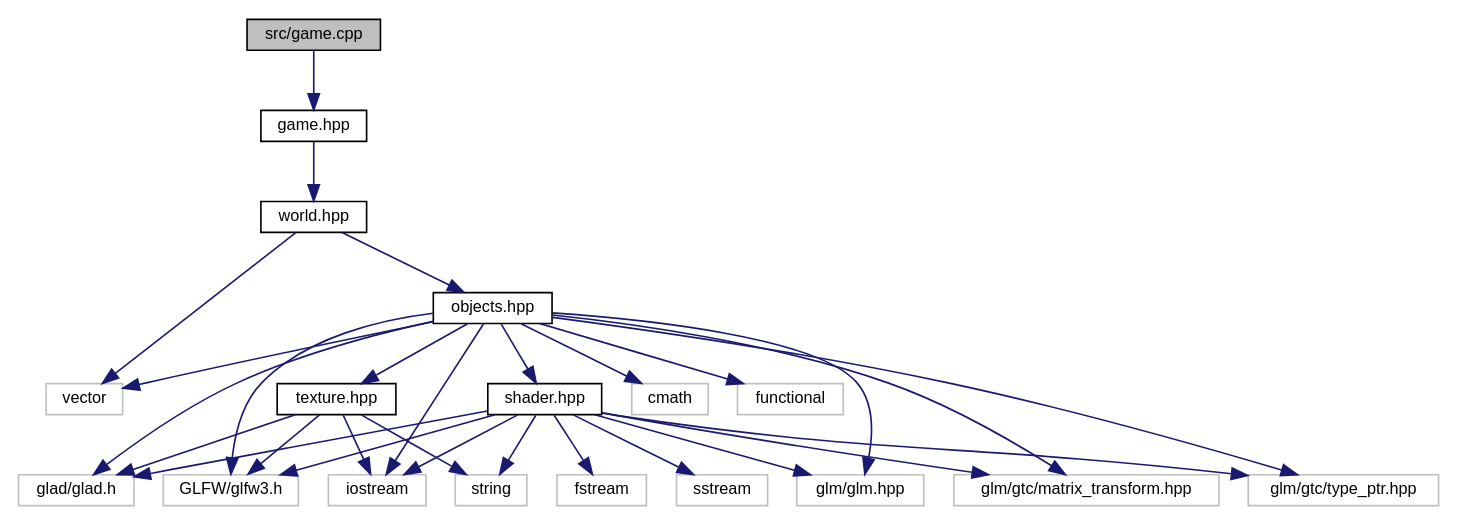
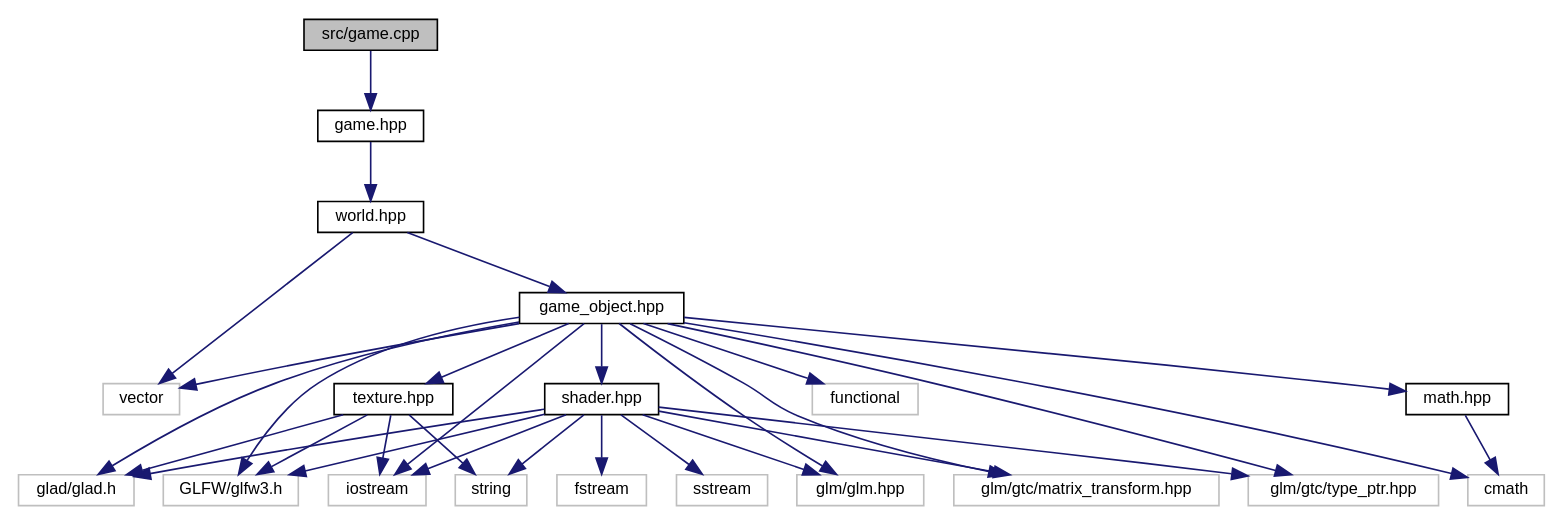
One commit to noah1510/redhand changed the diagram in game_8cpp__incl.dot. Above: the diagram before and after it, drawn with Graphviz. The commit also changed 255 other files, not shown here.

```diff
--- a/game_8cpp__incl.dot
+++ b/game_8cpp__incl.dot
@@ -1,51 +1,54 @@
 digraph "src/game.cpp"
 {
   edge [fontname="Helvetica",fontsize="10",labelfontname="Helvetica",labelfontsize="10"];
   node [fontname="Helvetica",fontsize="10",shape=record];
   Node0 [label="src/game.cpp",height=0.2,width=0.4,color="black", fillcolor="grey75", style="filled", fontcolor="black"];
   Node0 -> Node1 [color="midnightblue",fontsize="10",style="solid",fontname="Helvetica"];
   Node1 [label="game.hpp",height=0.2,width=0.4,color="black", fillcolor="white", style="filled",URL="$game_8hpp.html"];
   Node1 -> Node2 [color="midnightblue",fontsize="10",style="solid",fontname="Helvetica"];
   Node2 [label="world.hpp",height=0.2,width=0.4,color="black", fillcolor="white", style="filled",URL="$world_8hpp.html"];
   Node2 -> Node3 [color="midnightblue",fontsize="10",style="solid",fontname="Helvetica"];
   Node3 [label="vector",height=0.2,width=0.4,color="grey75", fillcolor="white", style="filled"];
   Node2 -> Node4 [color="midnightblue",fontsize="10",style="solid",fontname="Helvetica"];
-  Node4 [label="objects.hpp",height=0.2,width=0.4,color="black", fillcolor="white", style="filled",URL="$objects_8hpp.html"];
+  Node4 [label="game_object.hpp",height=0.2,width=0.4,color="black", fillcolor="white", style="filled",URL="$game__object_8hpp.html"];
   Node4 -> Node5 [color="midnightblue",fontsize="10",style="solid",fontname="Helvetica"];
   Node5 [label="shader.hpp",height=0.2,width=0.4,color="black", fillcolor="white", style="filled",URL="$shader_8hpp.html"];
   Node5 -> Node6 [color="midnightblue",fontsize="10",style="solid",fontname="Helvetica"];
   Node6 [label="glad/glad.h",height=0.2,width=0.4,color="grey75", fillcolor="white", style="filled"];
   Node5 -> Node7 [color="midnightblue",fontsize="10",style="solid",fontname="Helvetica"];
   Node7 [label="GLFW/glfw3.h",height=0.2,width=0.4,color="grey75", fillcolor="white", style="filled"];
   Node5 -> Node8 [color="midnightblue",fontsize="10",style="solid",fontname="Helvetica"];
   Node8 [label="glm/glm.hpp",height=0.2,width=0.4,color="grey75", fillcolor="white", style="filled"];
   Node5 -> Node9 [color="midnightblue",fontsize="10",style="solid",fontname="Helvetica"];
   Node9 [label="glm/gtc/matrix_transform.hpp",height=0.2,width=0.4,color="grey75", fillcolor="white", style="filled"];
   Node5 -> Node10 [color="midnightblue",fontsize="10",style="solid",fontname="Helvetica"];
   Node10 [label="glm/gtc/type_ptr.hpp",height=0.2,width=0.4,color="grey75", fillcolor="white", style="filled"];
   Node5 -> Node11 [color="midnightblue",fontsize="10",style="solid",fontname="Helvetica"];
   Node11 [label="string",height=0.2,width=0.4,color="grey75", fillcolor="white", style="filled"];
   Node5 -> Node12 [color="midnightblue",fontsize="10",style="solid",fontname="Helvetica"];
   Node12 [label="fstream",height=0.2,width=0.4,color="grey75", fillcolor="white", style="filled"];
   Node5 -> Node13 [color="midnightblue",fontsize="10",style="solid",fontname="Helvetica"];
   Node13 [label="sstream",height=0.2,width=0.4,color="grey75", fillcolor="white", style="filled"];
   Node5 -> Node14 [color="midnightblue",fontsize="10",style="solid",fontname="Helvetica"];
   Node14 [label="iostream",height=0.2,width=0.4,color="grey75", fillcolor="white", style="filled"];
   Node4 -> Node15 [color="midnightblue",fontsize="10",style="solid",fontname="Helvetica"];
   Node15 [label="texture.hpp",height=0.2,width=0.4,color="black", fillcolor="white", style="filled",URL="$texture_8hpp.html"];
   Node15 -> Node11 [color="midnightblue",fontsize="10",style="solid",fontname="Helvetica"];
   Node15 -> Node6 [color="midnightblue",fontsize="10",style="solid",fontname="Helvetica"];
   Node15 -> Node7 [color="midnightblue",fontsize="10",style="solid",fontname="Helvetica"];
   Node15 -> Node14 [color="midnightblue",fontsize="10",style="solid",fontname="Helvetica"];
   Node4 -> Node16 [color="midnightblue",fontsize="10",style="solid",fontname="Helvetica"];
-  Node16 [label="cmath",height=0.2,width=0.4,color="grey75", fillcolor="white", style="filled"];
+  Node16 [label="math.hpp",height=0.2,width=0.4,color="black", fillcolor="white", style="filled",URL="$math_8hpp.html"];
+  Node16 -> Node17 [color="midnightblue",fontsize="10",style="solid",fontname="Helvetica"];
+  Node17 [label="cmath",height=0.2,width=0.4,color="grey75", fillcolor="white", style="filled"];
+  Node4 -> Node17 [color="midnightblue",fontsize="10",style="solid",fontname="Helvetica"];
   Node4 -> Node14 [color="midnightblue",fontsize="10",style="solid",fontname="Helvetica"];
   Node4 -> Node3 [color="midnightblue",fontsize="10",style="solid",fontname="Helvetica"];
-  Node4 -> Node17 [color="midnightblue",fontsize="10",style="solid",fontname="Helvetica"];
-  Node17 [label="functional",height=0.2,width=0.4,color="grey75", fillcolor="white", style="filled"];
+  Node4 -> Node18 [color="midnightblue",fontsize="10",style="solid",fontname="Helvetica"];
+  Node18 [label="functional",height=0.2,width=0.4,color="grey75", fillcolor="white", style="filled"];
   Node4 -> Node8 [color="midnightblue",fontsize="10",style="solid",fontname="Helvetica"];
   Node4 -> Node9 [color="midnightblue",fontsize="10",style="solid",fontname="Helvetica"];
   Node4 -> Node10 [color="midnightblue",fontsize="10",style="solid",fontname="Helvetica"];
   Node4 -> Node6 [color="midnightblue",fontsize="10",style="solid",fontname="Helvetica"];
   Node4 -> Node7 [color="midnightblue",fontsize="10",style="solid",fontname="Helvetica"];
 }
```
